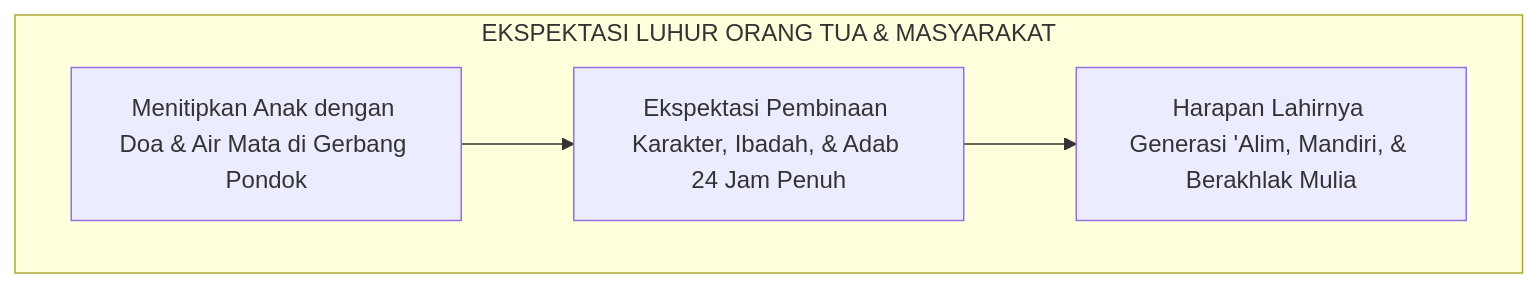
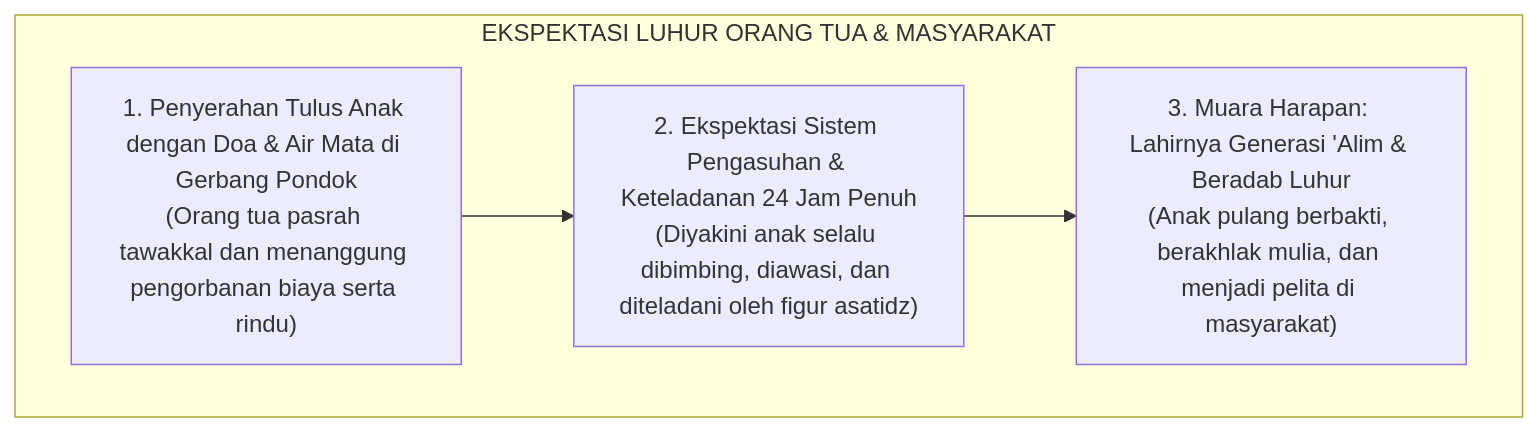
One commit to wandiapriliyandi/tumbuh changed the first of 6 diagrams in BOOK-SERIES/Volume-01/Bab-01-Krisis-Karakter-dan-Urgensi-Rekonstruksi/01-Anomali-Pendidikan-Karakter-Tradisional.md. Above: the diagram before and after it, drawn with Mermaid. The commit also changed other lines of this file, not shown here.

Commit message:
docs(bab-1.1): perjelas secara komprehensif seluruh uraian anatomi sistemik madrasah-asrama, neurosains memori, dan solusi arsitektur TUMBUH

````diff
--- a/BOOK-SERIES/Volume-01/Bab-01-Krisis-Karakter-dan-Urgensi-Rekonstruksi/01-Anomali-Pendidikan-Karakter-Tradisional.md
+++ b/BOOK-SERIES/Volume-01/Bab-01-Krisis-Karakter-dan-Urgensi-Rekonstruksi/01-Anomali-Pendidikan-Karakter-Tradisional.md
@@ -18,7 +18,12 @@
 ```mermaid
 graph TD
     subgraph HarapanUmat["EKSPEKTASI LUHUR ORANG TUA & MASYARAKAT"]
-        H1["Menitipkan Anak dengan Doa & Air Mata di Gerbang Pondok"] --> H2["Ekspektasi Pembinaan Karakter, Ibadah, & Adab 24 Jam Penuh"]
-        H2 --> H3["Harapan Lahirnya Generasi 'Alim, Mandiri, & Berakhlak Mulia"]
+        H1["1. Penyerahan Tulus Anak dengan Doa & Air Mata di Gerbang Pondok<br/>(Orang tua pasrah tawakkal dan menanggung pengorbanan biaya serta rindu)"]
+        
+        H2["2. Ekspektasi Sistem Pengasuhan & Keteladanan 24 Jam Penuh<br/>(Diyakini anak selalu dibimbing, diawasi, dan diteladani oleh figur asatidz)"]
+        
+        H3["3. Muara Harapan: Lahirnya Generasi 'Alim & Beradab Luhur<br/>(Anak pulang berbakti, berakhlak mulia, dan menjadi pelita di masyarakat)"]
+        
+        H1 --> H2 --> H3
     end
 ```
````
